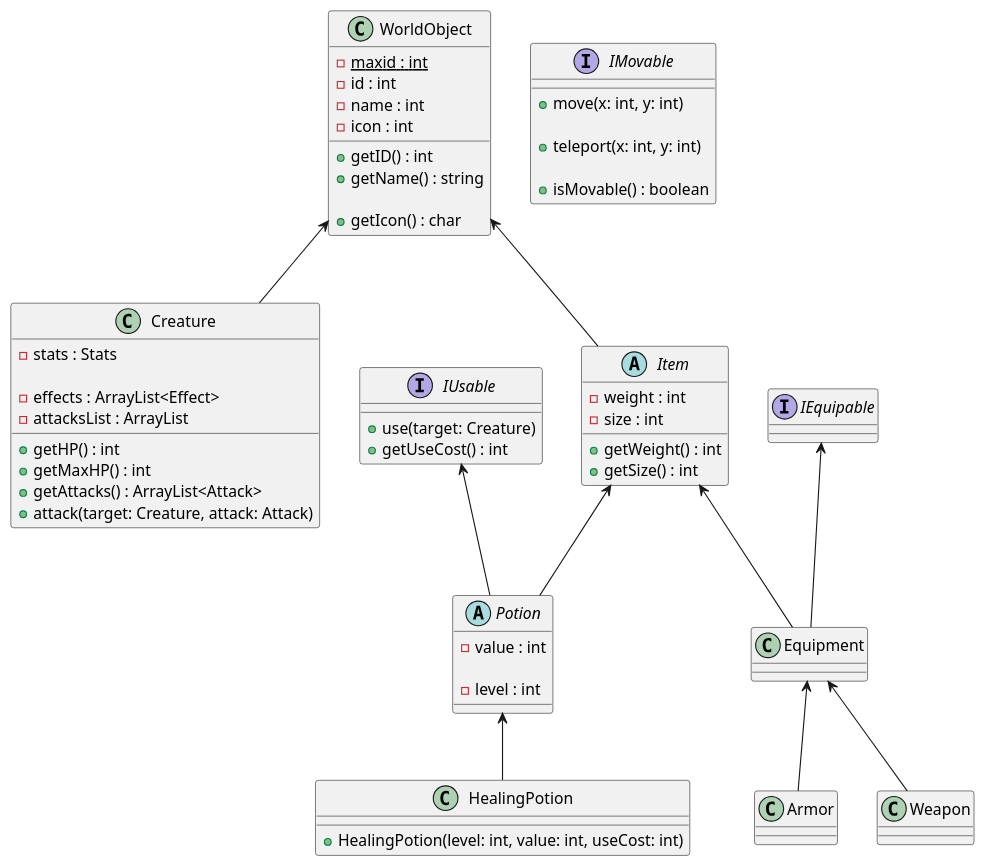
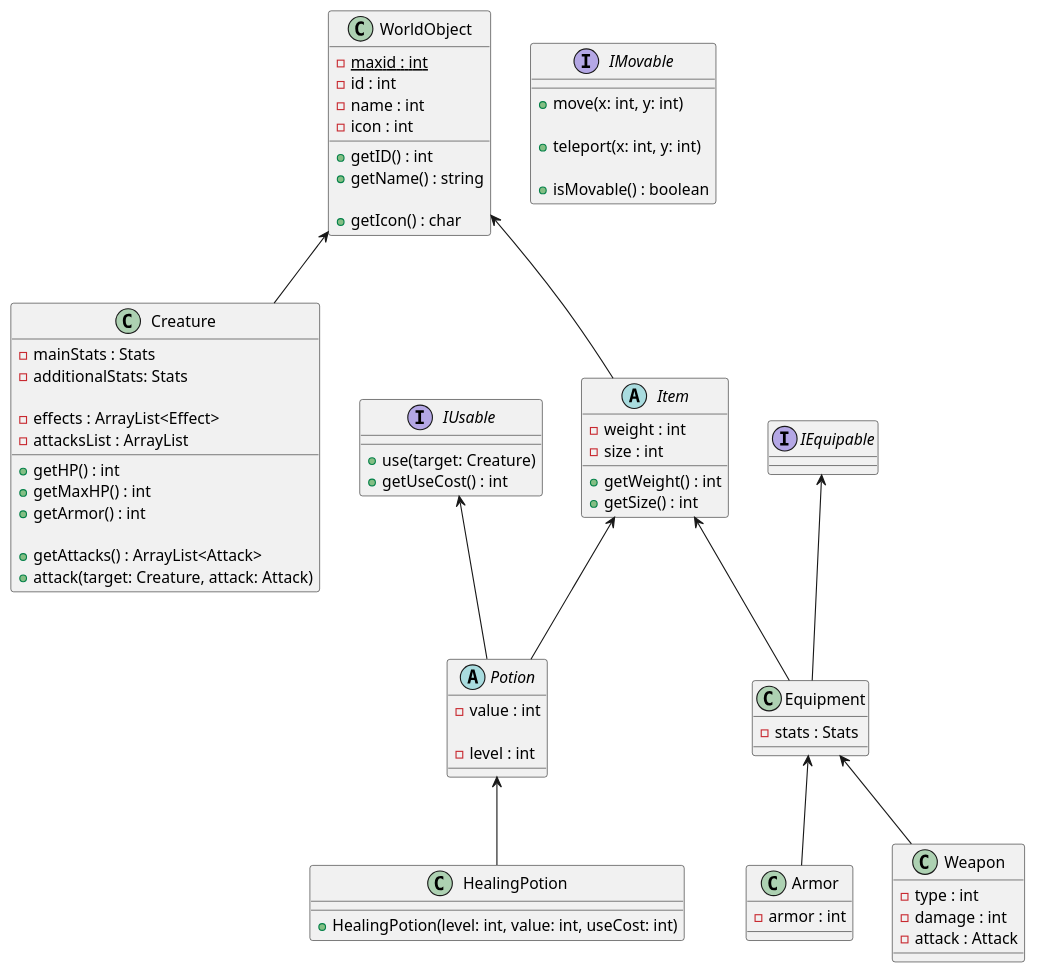
The diagram in UML_WorldObjects.puml (h2kb/jRPG), drawn with PlantUML before and after one commit.

Commit message:
Дописал UML

```diff
--- a/UML_WorldObjects.puml
+++ b/UML_WorldObjects.puml
@@ -1,101 +1,107 @@
 @startuml
 
 WorldObject <-- Creature
 WorldObject <-- Item
 
 Item <-- Potion
 Item <-- Equipment
 
 IUsable <-- Potion
 
 Potion <-- HealingPotion
 
 IEquipable <-- Equipment
 Equipment <-- Armor
 Equipment <-- Weapon
 
 class WorldObject {
     - {static} maxid : int
     - id : int
     - name : int
     - icon : int
 
     + getID() : int
     + getName() : string
 
     'Отображаемая иконка объекта на карте'
     + getIcon() : char
 }
 
 class Creature {
     'Это удобнее, так как для доспехов и прочего можно прибавочные статы также хранить в классе Stats'
     'и при надевании/использовании предмета просто прибавлять одно к другому'
-    - stats : Stats
+    - mainStats : Stats
+    - additionalStats: Stats
 
     'Текущие баффы/дебаффы на существе'
     - effects : ArrayList<Effect>
     - attacksList : ArrayList
 
     + getHP() : int
     + getMaxHP() : int
+    + getArmor() : int
+
+    'Возможные виды атак существа'
     + getAttacks() : ArrayList<Attack>
     + attack(target: Creature, attack: Attack)
 }
 
 abstract class Item {
     - weight : int
     - size : int
 
     + getWeight() : int
     + getSize() : int
 }
 
 interface IUsable {
     'Использовать предметы можно не только на себя, но и на других, если позволяет радиус'
     + use(target: Creature)
     + getUseCost() : int
 }
 
 interface IMovable {
     'Переместить на определённое количество клеток по x и y'
     + move(x: int, y: int)
 
     'Переместить в определённую клетку'
     + teleport(x: int, y: int)
 
     'Может ли объект передвигаться в данный момент'
     + isMovable() : boolean
 }
 
 interface IEquipable {
 }
 
 abstract class Potion {
     'Базовая сила действия зелья'
     - value : int
 
     'Уровень зелья'
     - level : int
 }
 
 class HealingPotion {
     + HealingPotion(level: int, value: int, useCost: int)
 }
 
-'TODO:'
 class Equipment {
-
+    'статы, которые даёт элемент снаряжения'
+    - stats : Stats
 }
 
 class Armor {
-
+    - armor : int
 }
 
 class Weapon {
-
+    - type : int
+    - damage : int
+    - attack : Attack
 }
 '''
 
 'Нужен ли отдельный интерфейс для поднимаемых объектов?'
 
 @enduml
```
